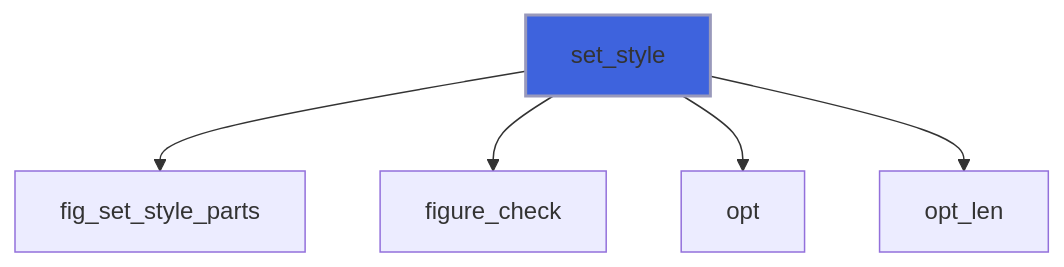
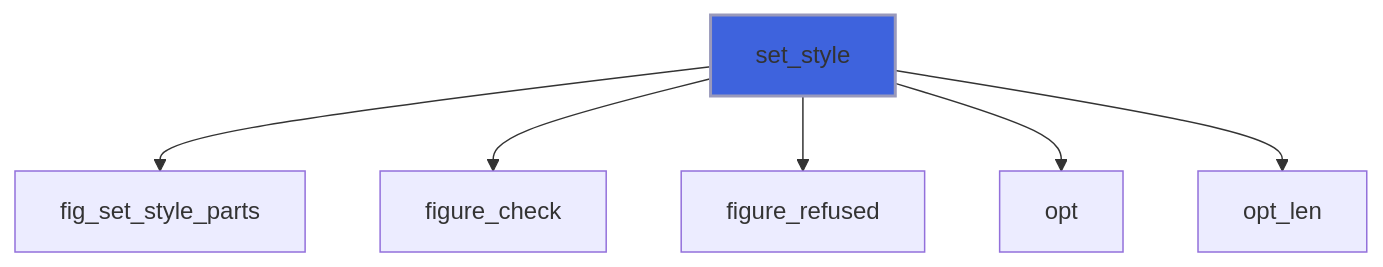
Before and after one commit to szaghi/figure: the eighth of 41 diagrams in docs/api/src/lib/figure_app.md, drawn with Mermaid. The commit also changed other lines of this file and 10 other files, not shown here.

````diff
--- a/docs/api/src/lib/figure_app.md
+++ b/docs/api/src/lib/figure_app.md
@@ -384,8 +407,9 @@
 ```mermaid
 flowchart TD
   set_style["set_style"] --> fig_set_style_parts["fig_set_style_parts"]
   set_style["set_style"] --> figure_check["figure_check"]
+  set_style["set_style"] --> figure_refused["figure_refused"]
   set_style["set_style"] --> opt["opt"]
   set_style["set_style"] --> opt_len["opt_len"]
   style set_style fill:#3e63dd,stroke:#99b,stroke-width:2px
 ```
````
